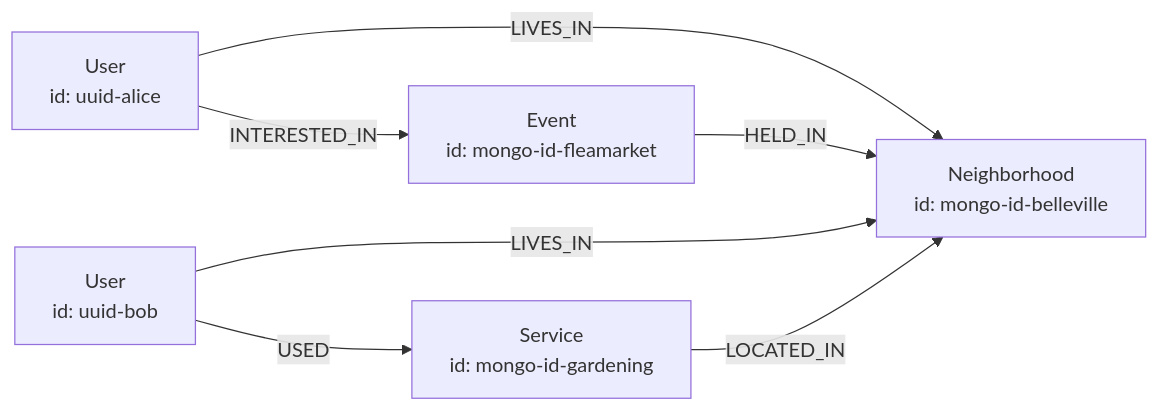
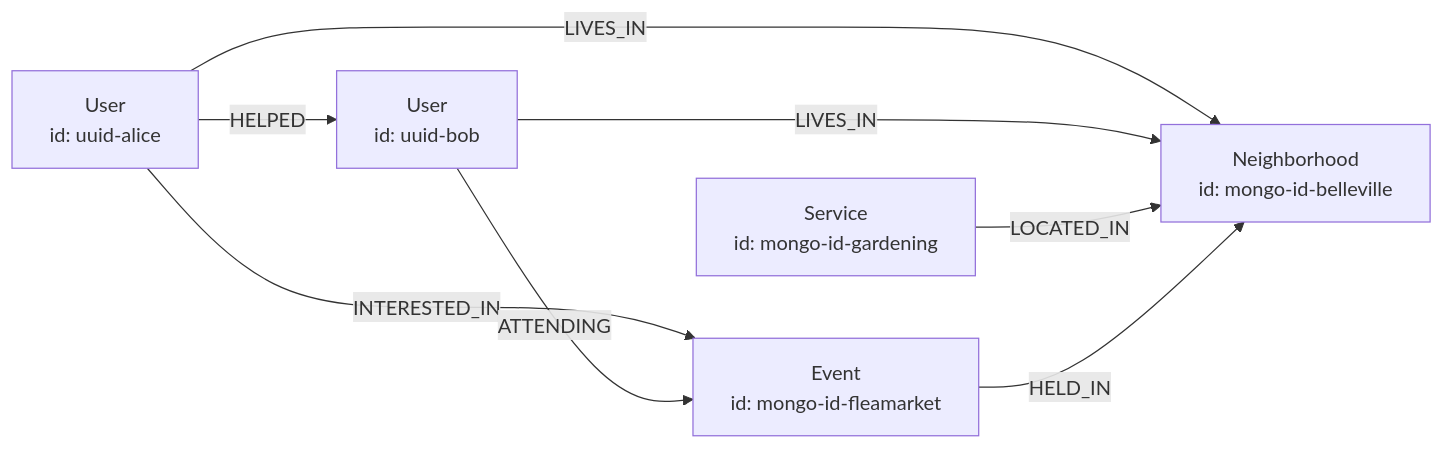
One commit to creibaud/QuartierConnect changed the third of 3 diagrams in docs/DATABASE.md. Above: the diagram before and after it, drawn with Mermaid. The commit also changed other lines of this file and 27 other files, not shown here.

````diff
--- a/docs/DATABASE.md
+++ b/docs/DATABASE.md
@@ -477,15 +626,16 @@
 ```mermaid
 graph LR
     U1[User<br/>id: uuid-alice]
     U2[User<br/>id: uuid-bob]
     N1[Neighborhood<br/>id: mongo-id-belleville]
     S1[Service<br/>id: mongo-id-gardening]
     E1[Event<br/>id: mongo-id-fleamarket]
 
     U1 -->|LIVES_IN| N1
     U2 -->|LIVES_IN| N1
     S1 -->|LOCATED_IN| N1
     E1 -->|HELD_IN| N1
     U1 -->|INTERESTED_IN| E1
-    U2 -->|USED| S1
+    U2 -->|ATTENDING| E1
+    U1 -->|HELPED| U2
 ```
````
